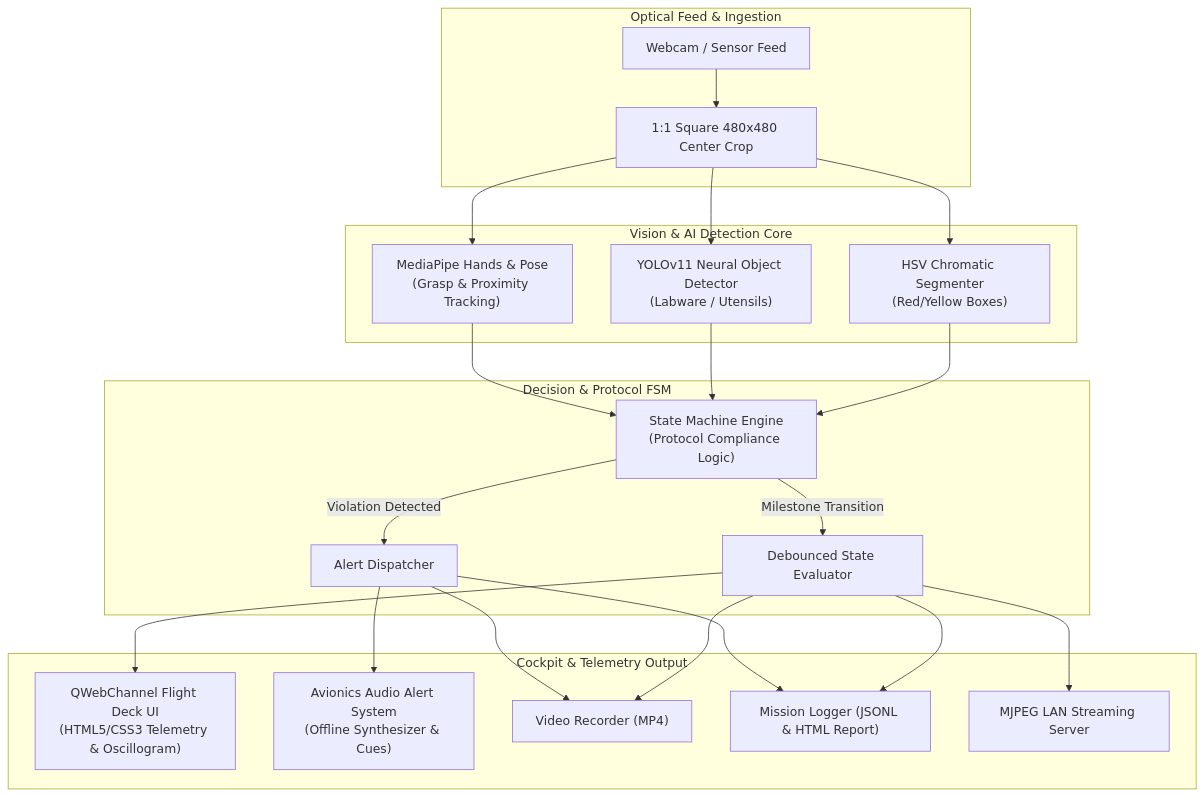
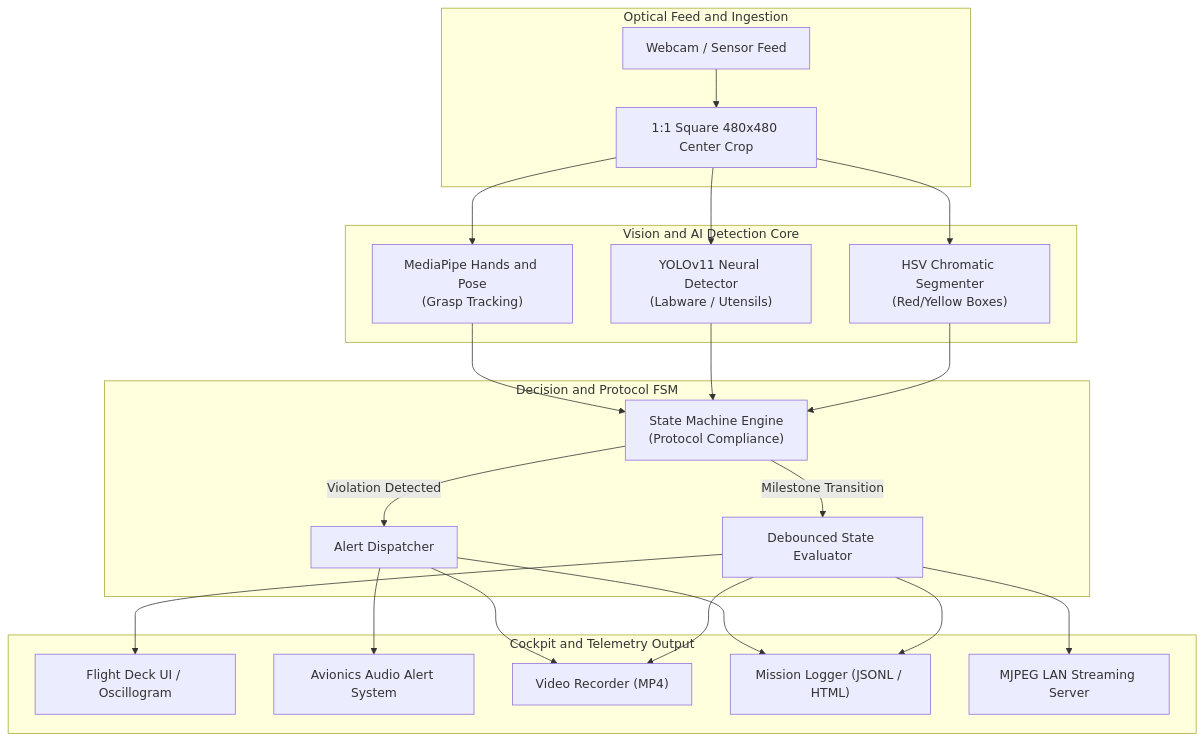
One commit to vaibhavneematech/ISRO-BAS-EXPERIMENTS- changed the diagram in README.md. Above: the diagram before and after it, drawn with Mermaid.

Commit message:
fix(docs): resolve GitHub Mermaid diagram syntax errors

````diff
--- a/README.md
+++ b/README.md
@@ -57,26 +57,30 @@
 ```mermaid
 flowchart TD
-    subgraph SENSORS["Optical Feed & Ingestion"]
+    subgraph SENSORS["Optical Feed and Ingestion"]
         CAM["Webcam / Sensor Feed"] --> CROP["1:1 Square 480x480 Center Crop"]
     end
 
-    subgraph DETECTION["Vision & AI Detection Core"]
-        CROP --> HSV["HSV Chromatic Segmenter\n(Red/Yellow Boxes)"]
-        CROP --> YOLO["YOLOv11 Neural Object Detector\n(Labware / Utensils)"]
-        CROP --> MP["MediaPipe Hands & Pose\n(Grasp & Proximity Tracking)"]
+    subgraph DETECTION["Vision and AI Detection Core"]
+        CROP --> HSV["HSV Chromatic Segmenter<br/>(Red/Yellow Boxes)"]
+        CROP --> YOLO["YOLOv11 Neural Detector<br/>(Labware / Utensils)"]
+        CROP --> MP["MediaPipe Hands and Pose<br/>(Grasp Tracking)"]
     end
 
-    subgraph ENGINE["Decision & Protocol FSM"]
-        HSV & YOLO & MP --> FSM["State Machine Engine\n(Protocol Compliance Logic)"]
+    subgraph ENGINE["Decision and Protocol FSM"]
+        HSV --> FSM["State Machine Engine<br/>(Protocol Compliance)"]
+        YOLO --> FSM
+        MP --> FSM
         FSM -->|Milestone Transition| TRANS["Debounced State Evaluator"]
         FSM -->|Violation Detected| ALERT["Alert Dispatcher"]
     end
 
-    subgraph OUTPUTS["Cockpit & Telemetry Output"]
-        TRANS --> HUD["QWebChannel Flight Deck UI\n(HTML5/CSS3 Telemetry & Oscillogram)"]
-        ALERT --> AUDIO["Avionics Audio Alert System\n(Offline Synthesizer & Cues)"]
-        TRANS & ALERT --> REC["Video Recorder (MP4)"]
-        TRANS & ALERT --> LOG["Mission Logger (JSONL & HTML Report)"]
+    subgraph OUTPUTS["Cockpit and Telemetry Output"]
+        TRANS --> HUD["Flight Deck UI / Oscillogram"]
+        ALERT --> AUDIO["Avionics Audio Alert System"]
+        TRANS --> REC["Video Recorder (MP4)"]
+        ALERT --> REC
+        TRANS --> LOG["Mission Logger (JSONL / HTML)"]
+        ALERT --> LOG
         TRANS --> LAN["MJPEG LAN Streaming Server"]
     end
 ```
````
